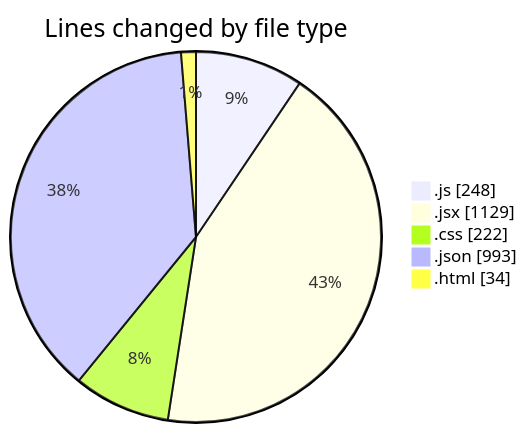
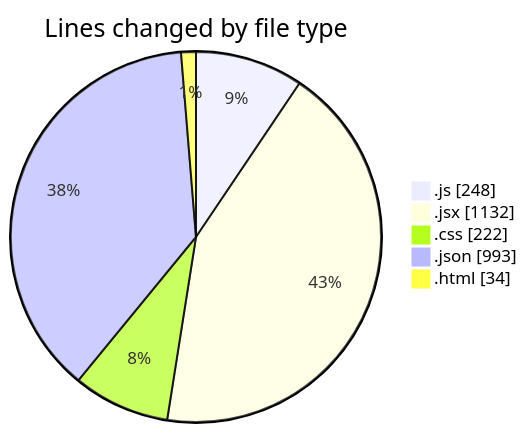
Before and after one commit to Ritupan-Deka/code-tracking: the first of 2 diagrams in 2025-07-01/urlwebwalatask/README.md, drawn with Mermaid. The commit also changed other lines of this file and 1 other file, not shown here.

````diff
--- a/2025-07-01/urlwebwalatask/README.md
+++ b/2025-07-01/urlwebwalatask/README.md
@@ -31,9 +31,9 @@
 ```mermaid
 pie showData
 title Lines changed by file type
 ".js" : 248
-".jsx" : 1129
+".jsx" : 1132
 ".css" : 222
 ".json" : 993
 ".html" : 34
 ```
````
